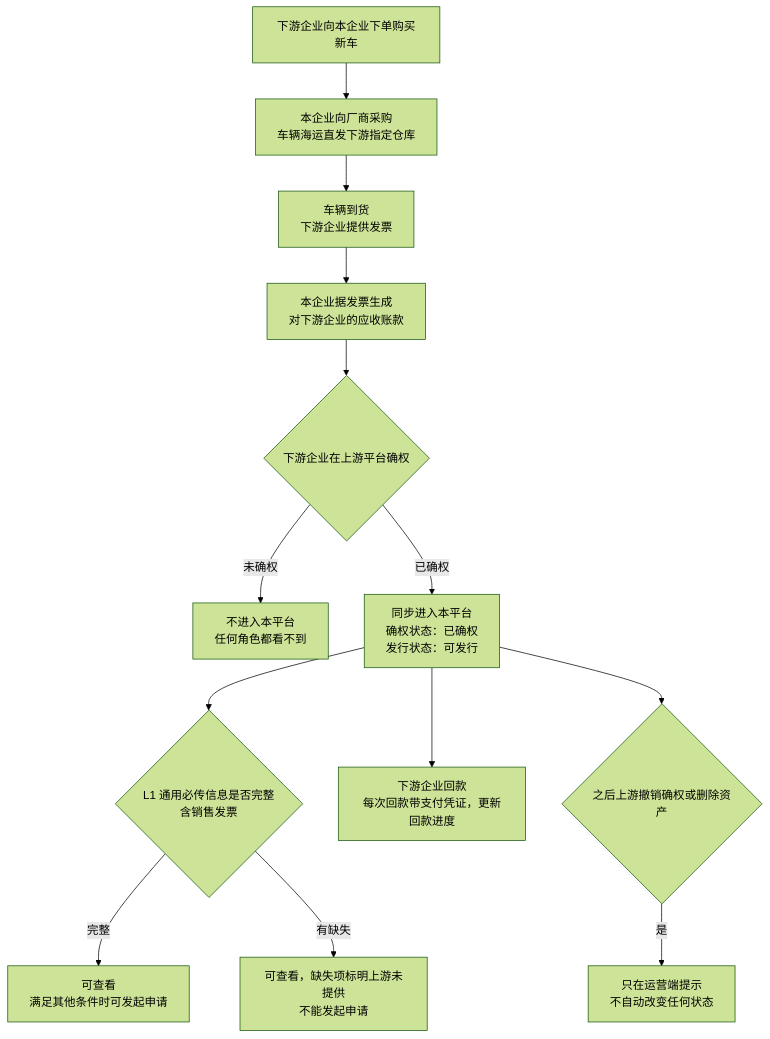
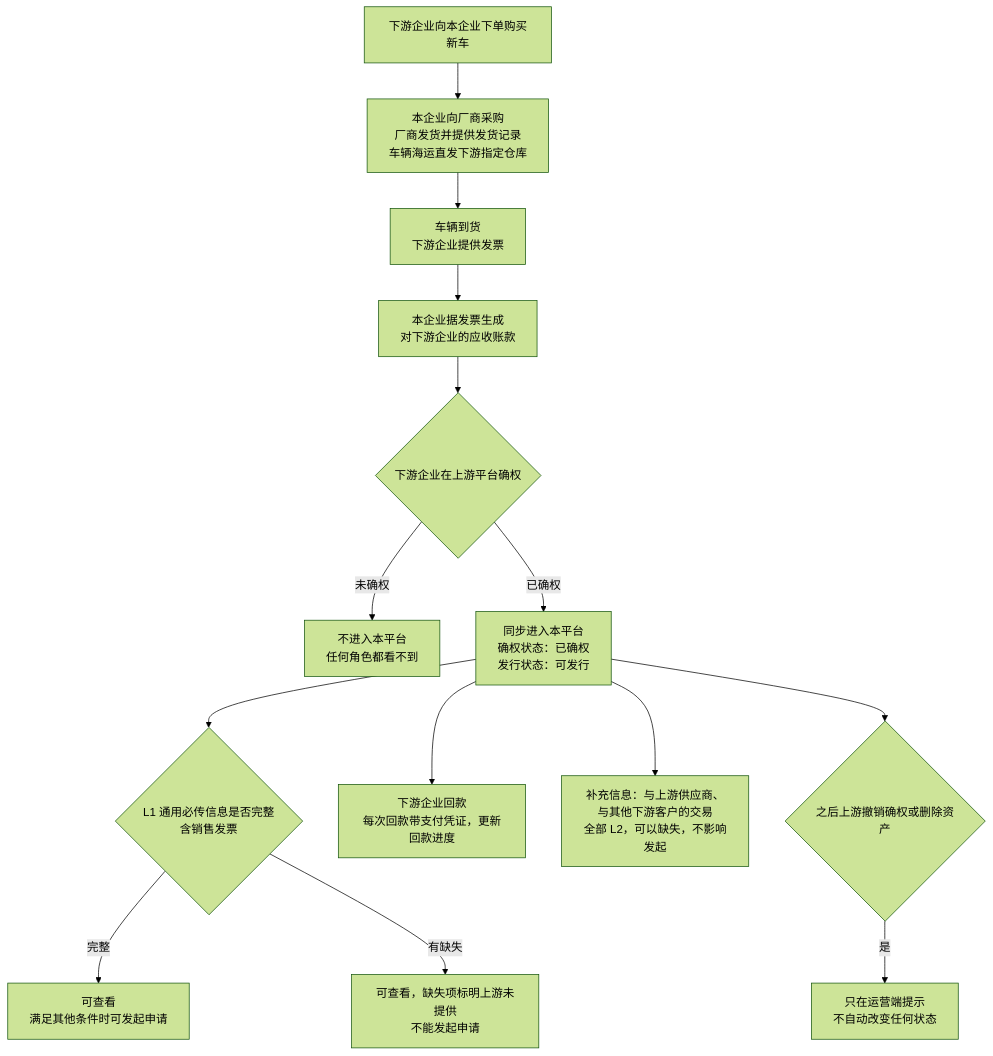
The first of 6 diagrams in token-issuance-platform/PRD/两端共用/M2-可信资产/02-可信资产-流程图与状态机.md (wxblockchain/Chain-Financing), drawn with Mermaid (forest theme) before and after one commit. The commit also changed other lines of this file and 2 other files, not shown here.

````diff
--- a/token-issuance-platform/PRD/两端共用/M2-可信资产/02-可信资产-流程图与状态机.md
+++ b/token-issuance-platform/PRD/两端共用/M2-可信资产/02-可信资产-流程图与状态机.md
@@ -18,15 +18,16 @@
 ```mermaid
 flowchart TD
-    A[下游企业向本企业下单购买新车] --> B[本企业向厂商采购<br/>车辆海运直发下游指定仓库]
+    A[下游企业向本企业下单购买新车] --> B[本企业向厂商采购<br/>厂商发货并提供发货记录<br/>车辆海运直发下游指定仓库]
     B --> C[车辆到货<br/>下游企业提供发票]
     C --> D[本企业据发票生成<br/>对下游企业的应收账款]
     D --> E{下游企业在上游平台确权}
     E -->|未确权| F[不进入本平台<br/>任何角色都看不到]
     E -->|已确权| G[同步进入本平台<br/>确权状态：已确权<br/>发行状态：可发行]
     G --> H{L1 通用必传信息是否完整<br/>含销售发票}
     H -->|完整| I[可查看<br/>满足其他条件时可发起申请]
     H -->|有缺失| J[可查看，缺失项标明上游未提供<br/>不能发起申请]
     G --> K[下游企业回款<br/>每次回款带支付凭证，更新回款进度]
+    G --> S[补充信息：与上游供应商、与其他下游客户的交易<br/>全部 L2，可以缺失，不影响发起]
     G --> L{之后上游撤销确权或删除资产}
     L -->|是| M[只在运营端提示<br/>不自动改变任何状态]
 ```
````
